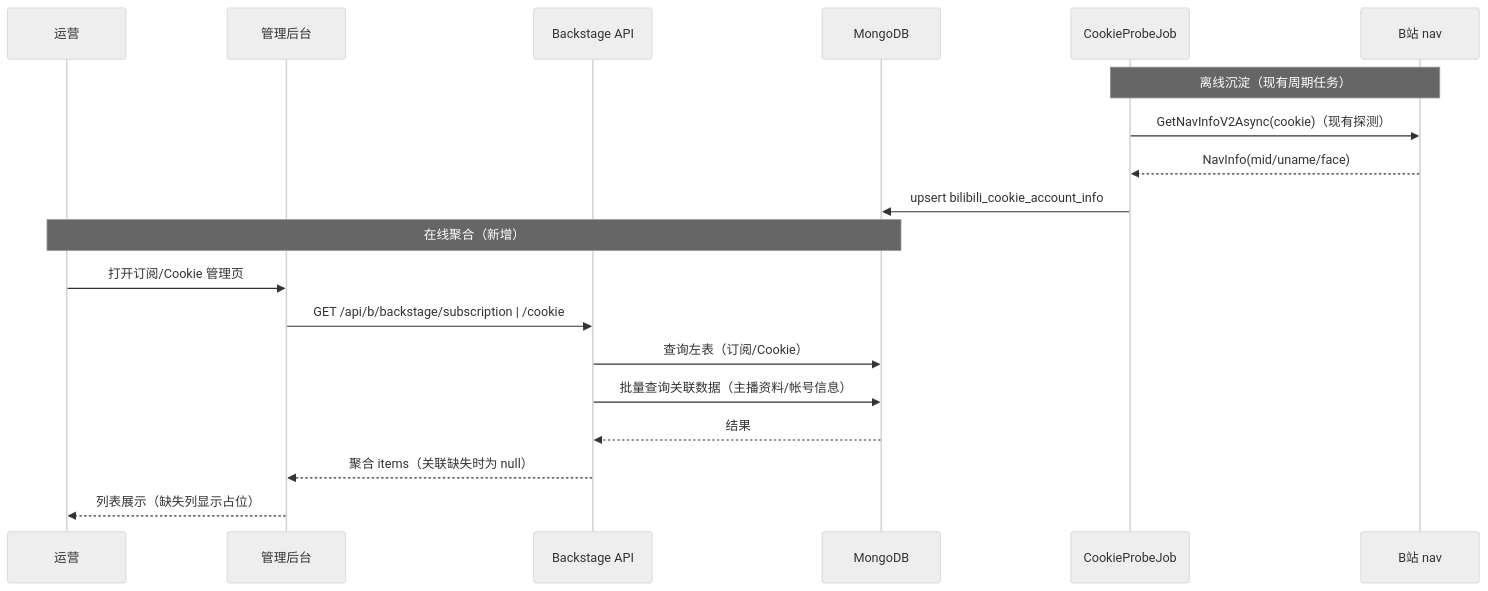
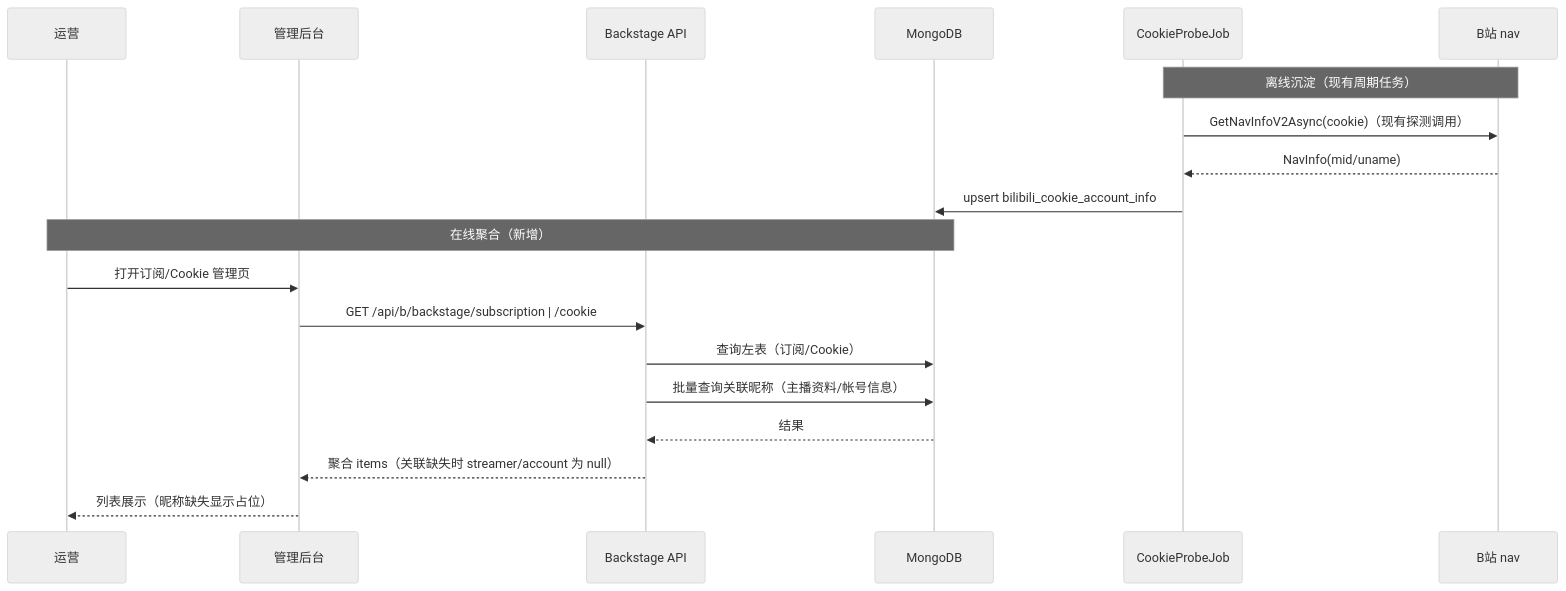
The third of 3 diagrams in docs/engineering/proposals/20260828-proposal-backstage-data-aggregation.md (Deliay/z-vtuber), drawn with Mermaid (neutral theme) before and after one commit. The commit also changed other lines of this file and 1 other file, not shown here.

Commit message:
docs: 返工修订——Cookie 帐号信息使用 GetNavInfoV2 落库，列表仅展示昵称

````diff
--- a/docs/engineering/proposals/20260828-proposal-backstage-data-aggregation.md
+++ b/docs/engineering/proposals/20260828-proposal-backstage-data-aggregation.md
@@ -193,23 +190,23 @@
 ```mermaid
 sequenceDiagram
     participant U as 运营
     participant F as 管理后台
     participant B as Backstage API
     participant D as MongoDB
     participant J as CookieProbeJob
     participant BILI as B站 nav
 
     Note over J,BILI: 离线沉淀（现有周期任务）
-    J->>BILI: GetNavInfoV2Async(cookie)（现有探测）
-    BILI-->>J: NavInfo(mid/uname/face)
+    J->>BILI: GetNavInfoV2Async(cookie)（现有探测调用）
+    BILI-->>J: NavInfo(mid/uname)
     J->>D: upsert bilibili_cookie_account_info
 
     Note over U,D: 在线聚合（新增）
     U->>F: 打开订阅/Cookie 管理页
     F->>B: GET /api/b/backstage/subscription | /cookie
     B->>D: 查询左表（订阅/Cookie）
-    B->>D: 批量查询关联数据（主播资料/帐号信息）
+    B->>D: 批量查询关联昵称（主播资料/帐号信息）
     D-->>B: 结果
-    B-->>F: 聚合 items（关联缺失时为 null）
-    F-->>U: 列表展示（缺失列显示占位）
+    B-->>F: 聚合 items（关联缺失时 streamer/account 为 null）
+    F-->>U: 列表展示（昵称缺失显示占位）
 ```
````
